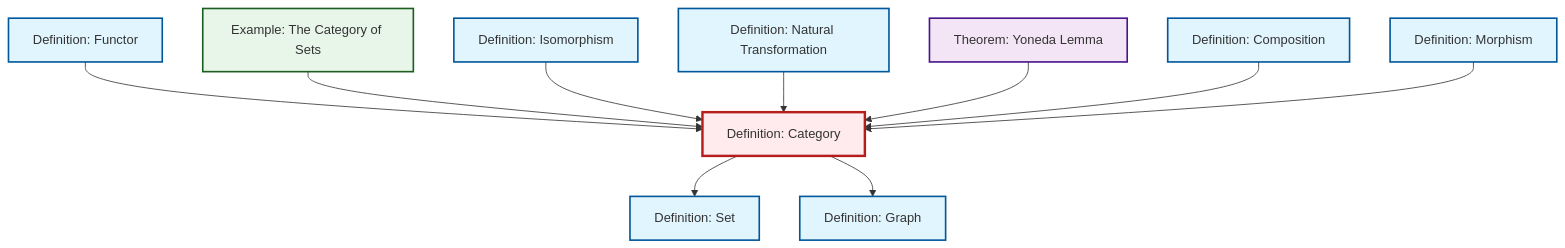
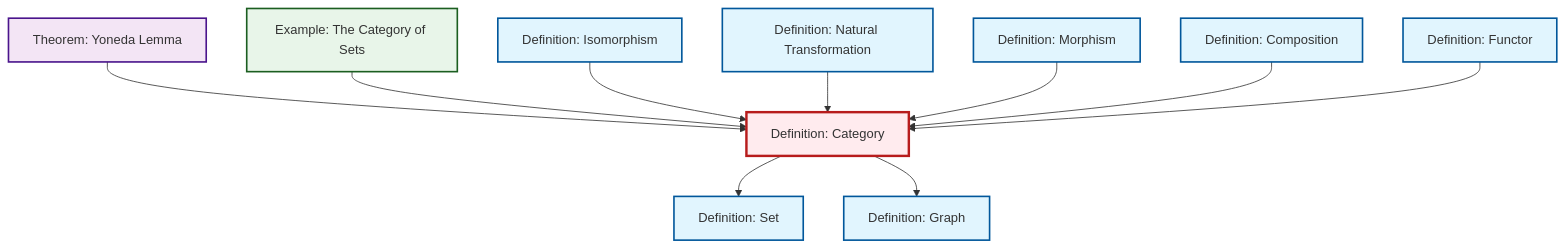
The diagram in content/en/category-theory/def-category.qmd (RK0429/ModernMath), drawn with Mermaid before and after one commit. The commit also changed other lines of this file and 554 other files, not shown here.

````diff
--- a/content/en/category-theory/def-category.qmd
+++ b/content/en/category-theory/def-category.qmd
@@ -47,38 +47,38 @@
 ```{mermaid}
 %%| fig-cap: "Local dependency graph"
 graph TD
     classDef definition fill:#e1f5fe,stroke:#01579b,stroke-width:2px
     classDef theorem fill:#f3e5f5,stroke:#4a148c,stroke-width:2px
     classDef axiom fill:#fff3e0,stroke:#e65100,stroke-width:2px
     classDef example fill:#e8f5e9,stroke:#1b5e20,stroke-width:2px
     classDef current fill:#ffebee,stroke:#b71c1c,stroke-width:3px
+    def-functor["Definition: Functor"]:::definition
+    ex-set-category["Example: The Category of Sets"]:::example
+    def-category["Definition: Category"]:::definition
+    def-natural-transformation["Definition: Natural Transformation"]:::definition
+    thm-yoneda["Theorem: Yoneda Lemma"]:::theorem
     def-set["Definition: Set"]:::definition
-    def-natural-transformation["Definition: Natural Transformation"]:::definition
+    def-composition["Definition: Composition"]:::definition
+    def-isomorphism["Definition: Isomorphism"]:::definition
     def-morphism["Definition: Morphism"]:::definition
-    def-functor["Definition: Functor"]:::definition
-    thm-yoneda["Theorem: Yoneda Lemma"]:::theorem
-    def-category["Definition: Category"]:::definition
-    ex-set-category["Example: The Category of Sets"]:::example
-    def-composition["Definition: Composition"]:::definition
     def-graph["Definition: Graph"]:::definition
-    def-isomorphism["Definition: Isomorphism"]:::definition
+    thm-yoneda --> def-category
+    ex-set-category --> def-category
     def-category --> def-set
-    def-functor --> def-category
-    ex-set-category --> def-category
-    def-category --> def-graph
     def-isomorphism --> def-category
     def-natural-transformation --> def-category
-    thm-yoneda --> def-category
+    def-morphism --> def-category
     def-composition --> def-category
-    def-morphism --> def-category
+    def-functor --> def-category
+    def-category --> def-graph
     class def-category current
+    click def-functor "def-functor.html" "Go to Functor definition"
+    click ex-set-category "ex-set-category.html" "Go to The Category of Sets example"
+    click def-natural-transformation "def-natural-transformation.html" "Go to Natural Transformation definition"
+    click thm-yoneda "thm-yoneda.html" "Go to Yoneda Lemma theorem"
     click def-set "def-set.html" "Go to Set definition"
-    click def-natural-transformation "def-natural-transformation.html" "Go to Natural Transformation definition"
+    click def-composition "def-composition.html" "Go to Composition definition"
+    click def-isomorphism "def-isomorphism.html" "Go to Isomorphism definition"
     click def-morphism "def-morphism.html" "Go to Morphism definition"
-    click def-functor "def-functor.html" "Go to Functor definition"
-    click thm-yoneda "thm-yoneda.html" "Go to Yoneda Lemma theorem"
-    click ex-set-category "ex-set-category.html" "Go to The Category of Sets example"
-    click def-composition "def-composition.html" "Go to Composition definition"
     click def-graph "def-graph.html" "Go to Graph definition"
-    click def-isomorphism "def-isomorphism.html" "Go to Isomorphism definition"
 ```
````
